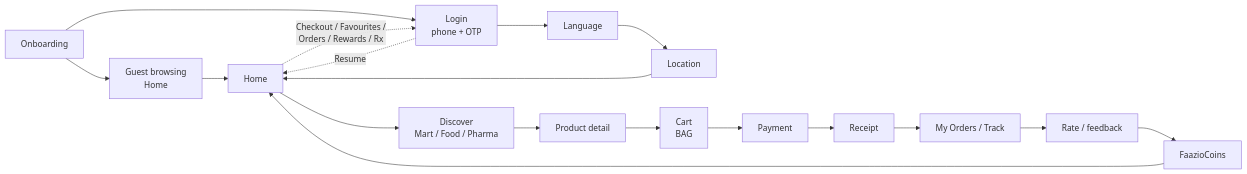
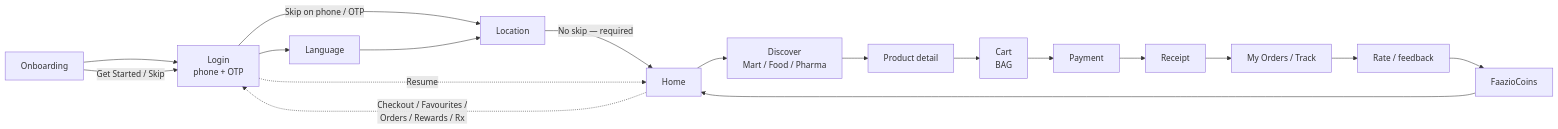
One commit to faazio-official/faazio-workspace changed diagram 15 of 24 in docs/FAAZIO_USER_FLOW_GUIDE.md. Above: the diagram before and after it, drawn with Mermaid. The commit also changed other lines of this file and 12 other files, not shown here.

First line of the commit message:
feat(mobile): resume auth funnel on relaunch, skip from welcome to phone auth

````diff
--- a/docs/FAAZIO_USER_FLOW_GUIDE.md
+++ b/docs/FAAZIO_USER_FLOW_GUIDE.md
@@ -789,20 +797,20 @@
 ```mermaid
 flowchart LR
-  ONB["Onboarding"] --> GUEST["Guest browsing<br/>Home"]
-  ONB --> LOGIN["Login<br/>phone + OTP"]
+  ONB["Onboarding"] --> LOGIN["Login<br/>phone + OTP"]
+  ONB -->|"Get Started / Skip"| LOGIN
+  LOGIN -->|"Skip on phone / OTP"| LOC["Location"]
   LOGIN --> LANG["Language"]
-  LANG --> LOC["Location"]
-  LOC --> HOME["Home"]
-  GUEST --> HOME
+  LANG --> LOC
+  LOC -->|"No skip — required"| HOME["Home"]
   HOME -.->|"Checkout / Favourites /<br/>Orders / Rewards / Rx"| LOGIN
   LOGIN -.->|"Resume"| HOME
   HOME --> DISC["Discover<br/>Mart / Food / Pharma"]
   DISC --> PROD["Product detail"]
   PROD --> CART["Cart<br/>BAG"]
   CART --> PAY["Payment"]
   PAY --> REC["Receipt"]
   REC --> TRACK["My Orders / Track"]
   TRACK --> RATE["Rate / feedback"]
   RATE --> REWARD["FaazioCoins"]
   REWARD --> HOME
 ```
````
